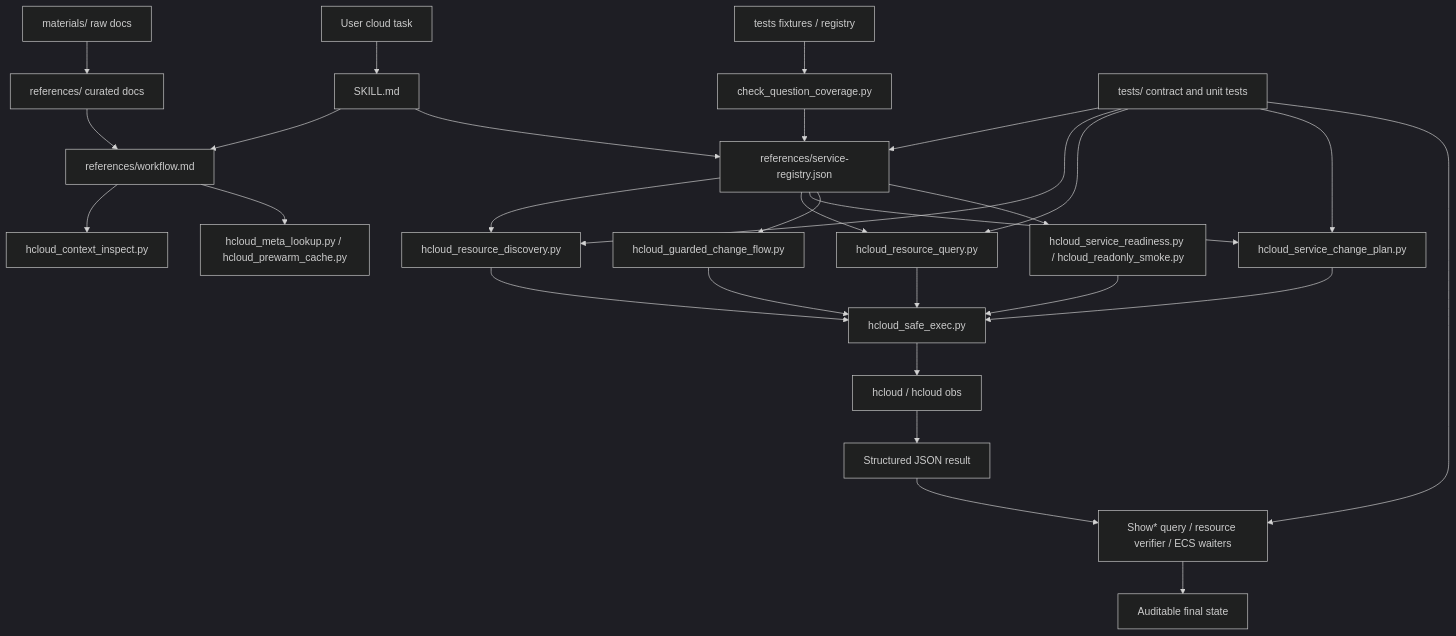
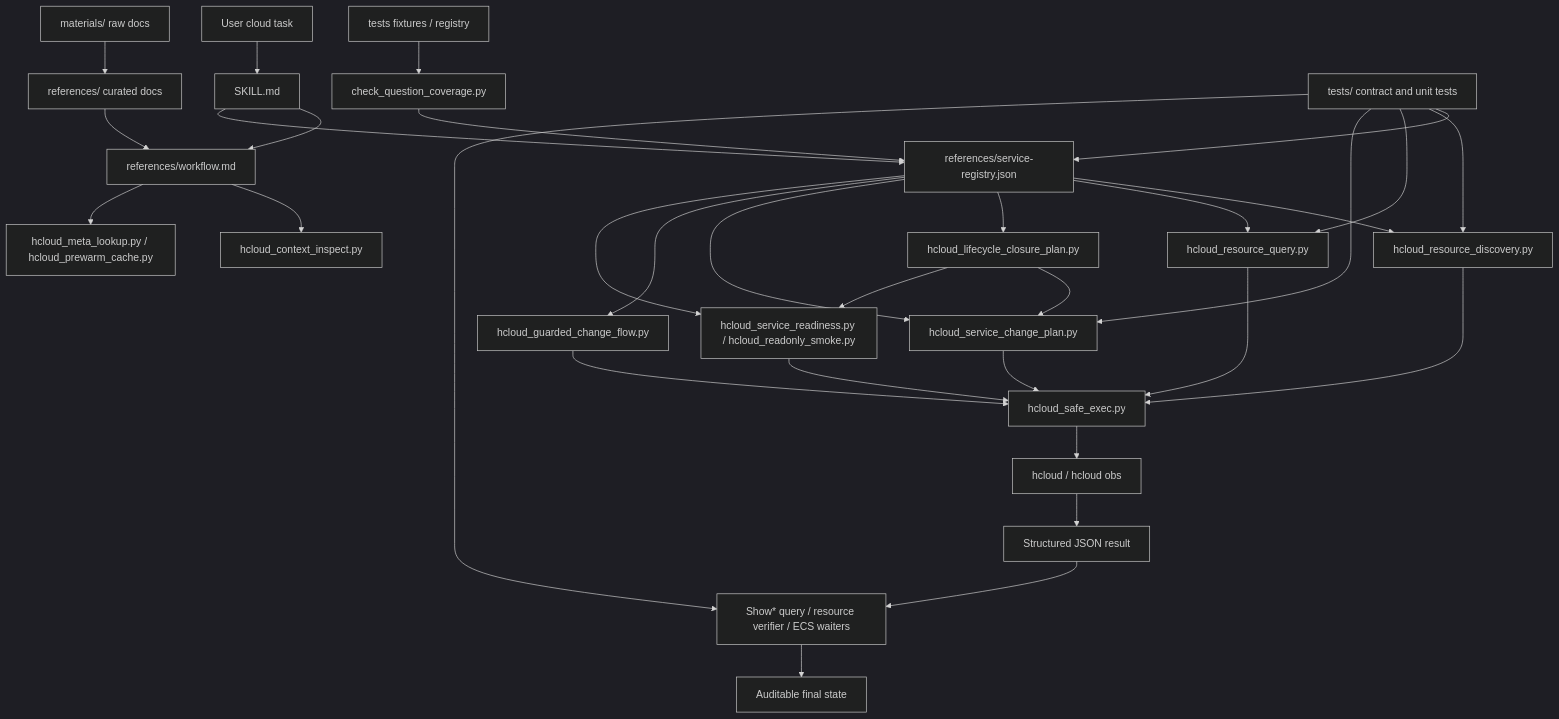
Before and after one commit to pipixia-labs/huaweicloud-skill: the first of 4 diagrams in docs/architecture.md, drawn with Mermaid (dark theme). The commit also changed other lines of this file and 15 other files, not shown here.

Commit message:
Complete P0 lifecycle closure planning

````diff
--- a/docs/architecture.md
+++ b/docs/architecture.md
@@ -49,31 +50,34 @@
 ```mermaid
 flowchart TD
     UserTask["User cloud task"] --> Skill["SKILL.md"]
     Skill --> Workflow["references/workflow.md"]
     Skill --> Registry["references/service-registry.json"]
     Workflow --> Context["hcloud_context_inspect.py"]
     Workflow --> Meta["hcloud_meta_lookup.py / hcloud_prewarm_cache.py"]
     Registry --> Discovery["hcloud_resource_discovery.py"]
     Registry --> Query["hcloud_resource_query.py"]
+    Registry --> Closure["hcloud_lifecycle_closure_plan.py"]
     Registry --> ChangePlan["hcloud_service_change_plan.py"]
     Registry --> Guarded["hcloud_guarded_change_flow.py"]
     Registry --> Readiness["hcloud_service_readiness.py / hcloud_readonly_smoke.py"]
+    Closure --> ChangePlan
+    Closure --> Readiness
     Discovery --> SafeExec["hcloud_safe_exec.py"]
     Query --> SafeExec
     ChangePlan --> SafeExec
     Guarded --> SafeExec
     Readiness --> SafeExec
     SafeExec --> HCloud["hcloud / hcloud obs"]
     HCloud --> Result["Structured JSON result"]
     Result --> Verify["Show* query / resource verifier / ECS waiters"]
     Verify --> Report["Auditable final state"]
     Materials["materials/ raw docs"] --> References["references/ curated docs"]
     References --> Workflow
     TestsInput["tests fixtures / registry"] --> CoverageGate["check_question_coverage.py"]
     CoverageGate --> Registry
     Tests["tests/ contract and unit tests"] --> Registry
     Tests --> Discovery
     Tests --> Query
     Tests --> ChangePlan
     Tests --> Verify
 ```
````
